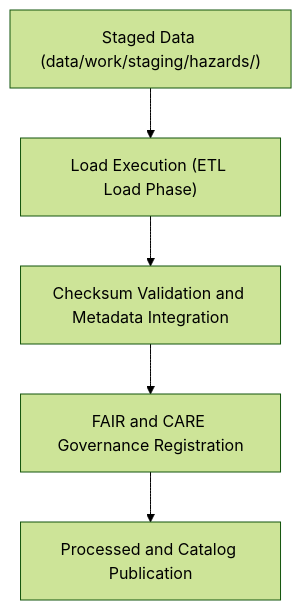
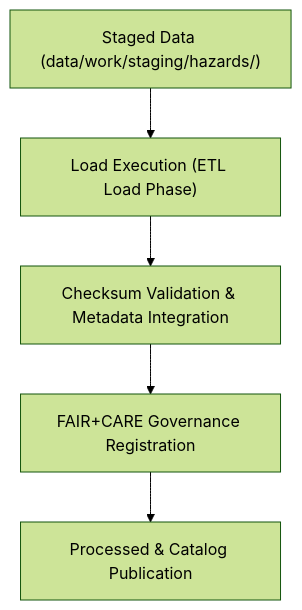
Before and after one commit to bartytime4life/Kansas-Frontier-Matrix: the diagram in data/work/tmp/hazards/logs/etl/load/README.md, drawn with Mermaid (forest theme). The commit also changed other lines of this file, not shown here.

````diff
--- a/data/work/tmp/hazards/logs/etl/load/README.md
+++ b/data/work/tmp/hazards/logs/etl/load/README.md
@@ -62,7 +70,7 @@
 ```mermaid
 flowchart TD
     A["Staged Data (data/work/staging/hazards/)"] --> B["Load Execution (ETL Load Phase)"]
-    B --> C["Checksum Validation and Metadata Integration"]
-    C --> D["FAIR and CARE Governance Registration"]
-    D --> E["Processed and Catalog Publication"]
+    B --> C["Checksum Validation & Metadata Integration"]
+    C --> D["FAIR+CARE Governance Registration"]
+    D --> E["Processed & Catalog Publication"]
 ```
````
